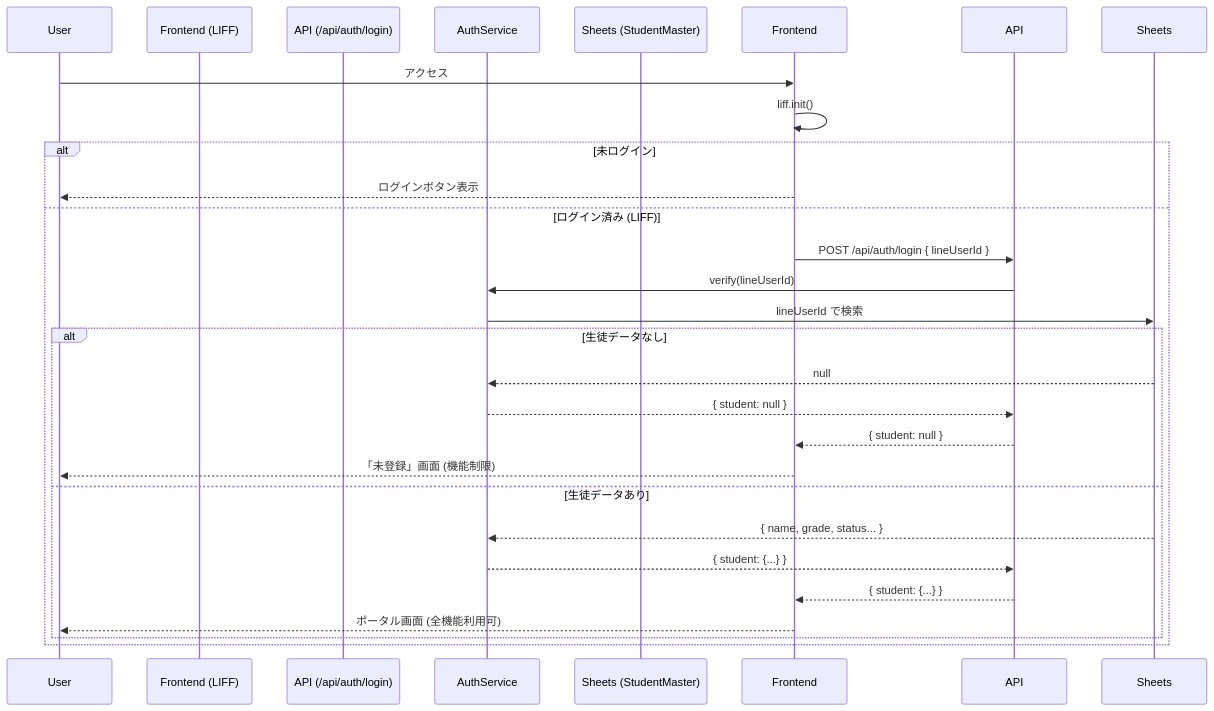
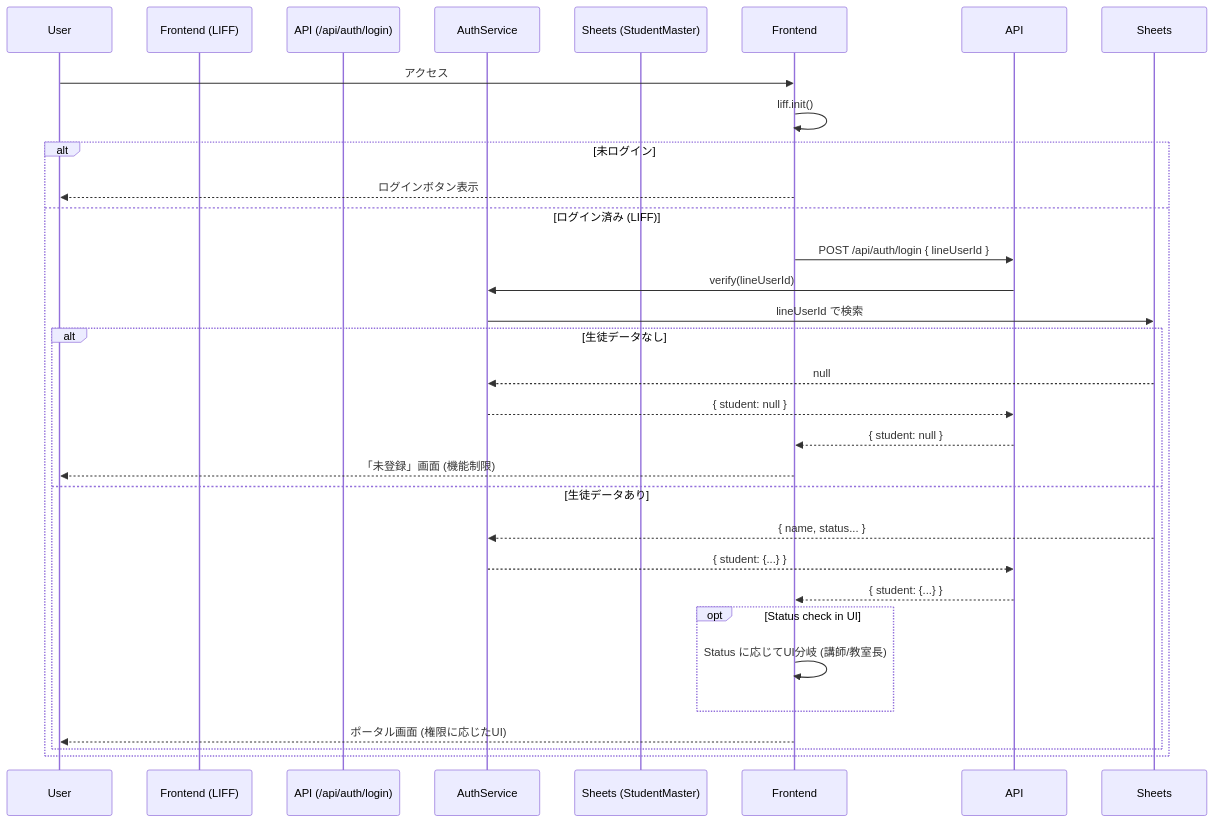
One commit to SerasGakuin/seras-student-portal changed the diagram in docs/architecture.md. Above: the diagram before and after it, drawn with Mermaid. The commit also changed other lines of this file, not shown here.

````diff
--- a/docs/architecture.md
+++ b/docs/architecture.md
@@ -115,31 +117,36 @@
 ```mermaid
 sequenceDiagram
     participant User
     participant Frontend (LIFF)
     participant API (/api/auth/login)
     participant AuthService
     participant Sheets (StudentMaster)
 
     User->>Frontend: アクセス
     Frontend->>Frontend: liff.init()
     
     alt 未ログイン
         Frontend-->>User: ログインボタン表示
     else ログイン済み (LIFF)
         Frontend->>API: POST /api/auth/login { lineUserId }
         API->>AuthService: verify(lineUserId)
         AuthService->>Sheets: lineUserId で検索
         
         alt 生徒データなし
             Sheets-->>AuthService: null
             AuthService-->>API: { student: null }
             API-->>Frontend: { student: null }
             Frontend-->>User: 「未登録」画面 (機能制限)
         else 生徒データあり
-            Sheets-->>AuthService: { name, grade, status... }
+            Sheets-->>AuthService: { name, status... }
             AuthService-->>API: { student: {...} }
             API-->>Frontend: { student: {...} }
-            Frontend-->>User: ポータル画面 (全機能利用可)
+            
+            opt Status check in UI
+                Frontend->>Frontend: Status に応じてUI分岐 (講師/教室長)
+            end
+            
+            Frontend-->>User: ポータル画面 (権限に応じたUI)
         end
     end
 ```
````
